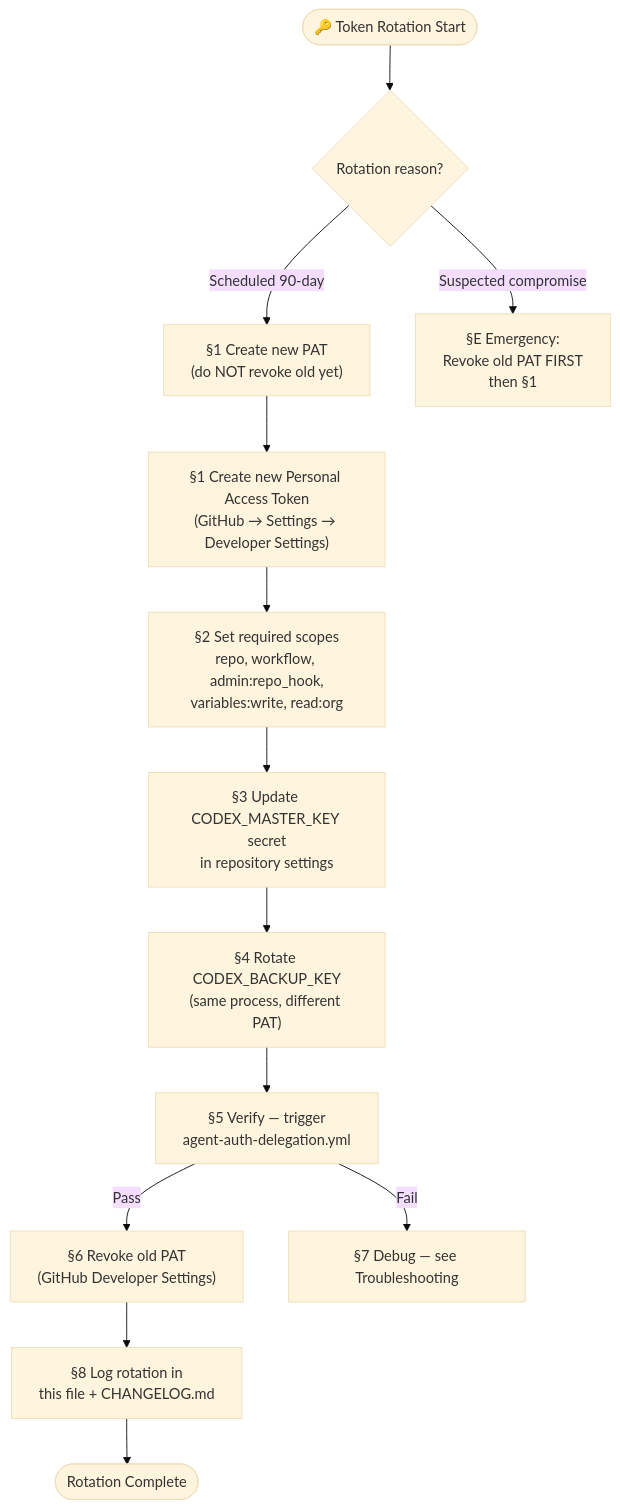
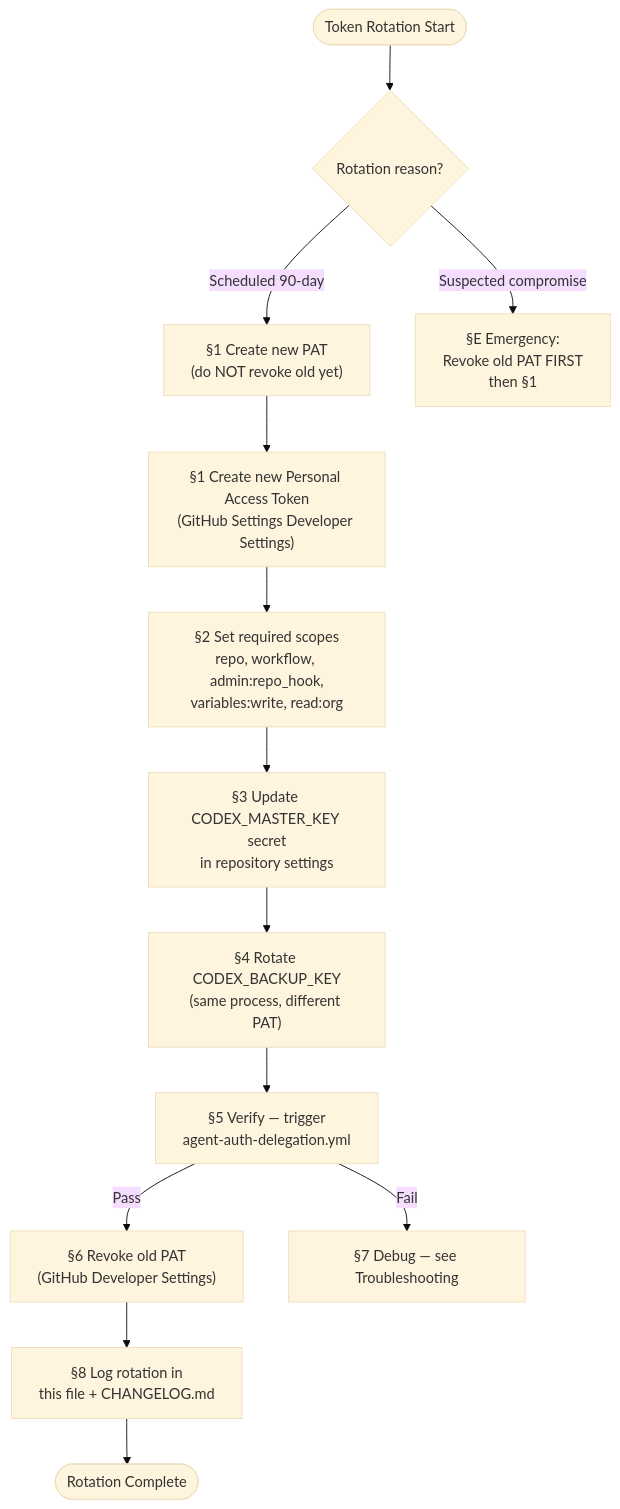
One commit to Aries-Serpent/_codex_ changed the diagram in docs/admin/TOKEN_ROTATION_GUIDE.md. Above: the diagram before and after it, drawn with Mermaid (base theme). The commit also changed other lines of this file and 4117 other files, not shown here.

````diff
--- a/docs/admin/TOKEN_ROTATION_GUIDE.md
+++ b/docs/admin/TOKEN_ROTATION_GUIDE.md
@@ -15,17 +15,29 @@
 ```mermaid
-%%{init: {'accessibility': {'title': 'Flowchart showing 🔑 Token Rotation Start, "§1 Create new PAT\n(do NOT revoke old yet)"'}}%%
+%%{init: {'accessibility': {'title': 'Flowchart showing Token Rotation Start, "§1 Create new PAT\n(do NOT revoke old yet)"'}}%%
+
 flowchart TD
-    START([🔑 Token Rotation Start]) --> ASSESS{Rotation reason?}
-    ASSESS -->|Scheduled 90-day| SCHEDULED["§1 Create new PAT\n(do NOT revoke old yet)"]
-    ASSESS -->|Suspected compromise| EMERGENCY["§E Emergency:\nRevoke old PAT FIRST\nthen §1"]
 
-    SCHEDULED --> CREATE_PAT["§1 Create new Personal Access Token\n(GitHub → Settings → Developer Settings)"]
-    CREATE_PAT --> REQUIRED_SCOPES["§2 Set required scopes\nrepo, workflow, admin:repo_hook,\nvariables:write, read:org"]
-    REQUIRED_SCOPES --> UPDATE_SECRET["§3 Update CODEX_MASTER_KEY secret\nin repository settings"]
-    UPDATE_SECRET --> UPDATE_BACKUP["§4 Rotate CODEX_BACKUP_KEY\n(same process, different PAT)"]
-    UPDATE_BACKUP --> VERIFY["§5 Verify — trigger\nagent-auth-delegation.yml"]
-    VERIFY -->| Pass| REVOKE_OLD["§6 Revoke old PAT\n(GitHub Developer Settings)"]
-    VERIFY -->| Fail| DEBUG["§7 Debug — see Troubleshooting"]
-    REVOKE_OLD --> LOG["§8 Log rotation in\nthis file + CHANGELOG.md"]
-    LOG --> DONE([ Rotation Complete])
+ START([ Token Rotation Start]) --> ASSESS{Rotation reason?}
+
+ ASSESS -->|Scheduled 90-day| SCHEDULED["§1 Create new PAT\n(do NOT revoke old yet)"]
+
+ ASSESS -->|Suspected compromise| EMERGENCY["§E Emergency:\nRevoke old PAT FIRST\nthen §1"]
+
+ SCHEDULED --> CREATE_PAT["§1 Create new Personal Access Token\n(GitHub Settings Developer Settings)"]
+
+ CREATE_PAT --> REQUIRED_SCOPES["§2 Set required scopes\nrepo, workflow, admin:repo_hook,\nvariables:write, read:org"]
+
+ REQUIRED_SCOPES --> UPDATE_SECRET["§3 Update CODEX_MASTER_KEY secret\nin repository settings"]
+
+ UPDATE_SECRET --> UPDATE_BACKUP["§4 Rotate CODEX_BACKUP_KEY\n(same process, different PAT)"]
+
+ UPDATE_BACKUP --> VERIFY["§5 Verify — trigger\nagent-auth-delegation.yml"]
+
+ VERIFY -->| Pass| REVOKE_OLD["§6 Revoke old PAT\n(GitHub Developer Settings)"]
+
+ VERIFY -->| Fail| DEBUG["§7 Debug — see Troubleshooting"]
+
+ REVOKE_OLD --> LOG["§8 Log rotation in\nthis file + CHANGELOG.md"]
+
+ LOG --> DONE([ Rotation Complete])
 ```
````
